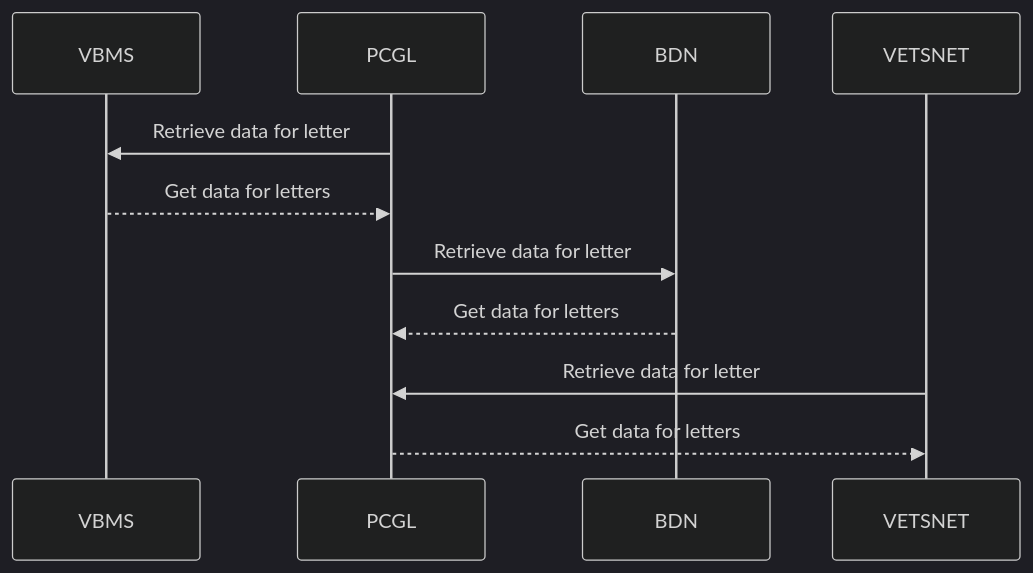
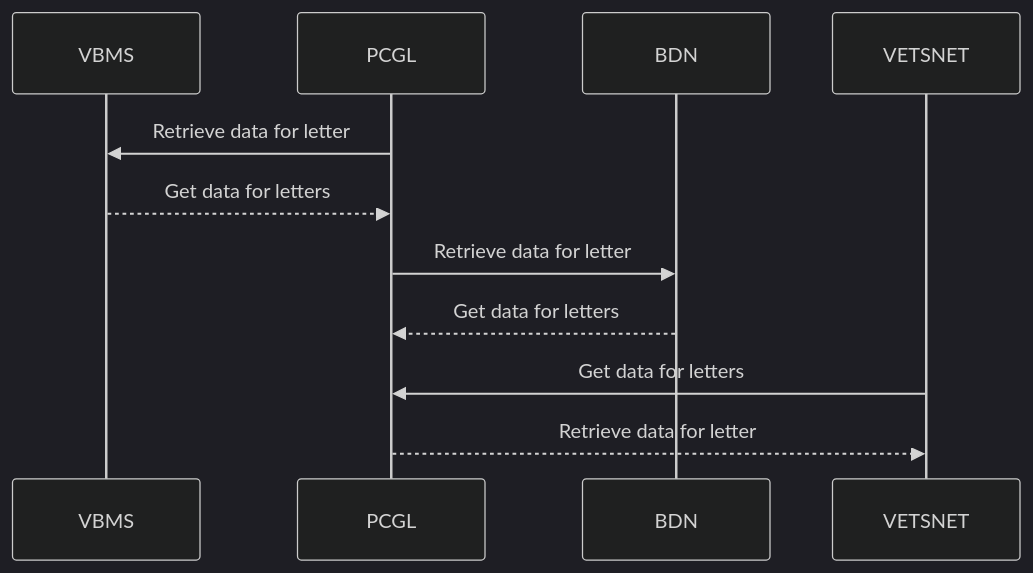
Before and after one commit to RickyJe/VBMS: the diagram in PC Generated Letters.md, drawn with Mermaid (dark theme).

Commit message:
Update PC Generated Letters.md

````diff
--- a/PC Generated Letters.md
+++ b/PC Generated Letters.md
@@ -2,13 +2,13 @@
 ```mermaid
 sequenceDiagram
     Participant VBMS
     Participant PCGL
     Participant BDN
     Participant VETSNET
     PCGL ->> VBMS :  Retrieve data for letter
     VBMS -->> PCGL : Get data for letters
     PCGL ->> BDN :  Retrieve data for letter
     BDN -->> PCGL  : Get data for letters
-    VETSNET ->> PCGL:  Retrieve data for letter
-    PCGL -->> VETSNET : Get data for letters
+    VETSNET ->> PCGL: Get data for letters
+    PCGL -->> VETSNET :  Retrieve data for letter
 ```
````
